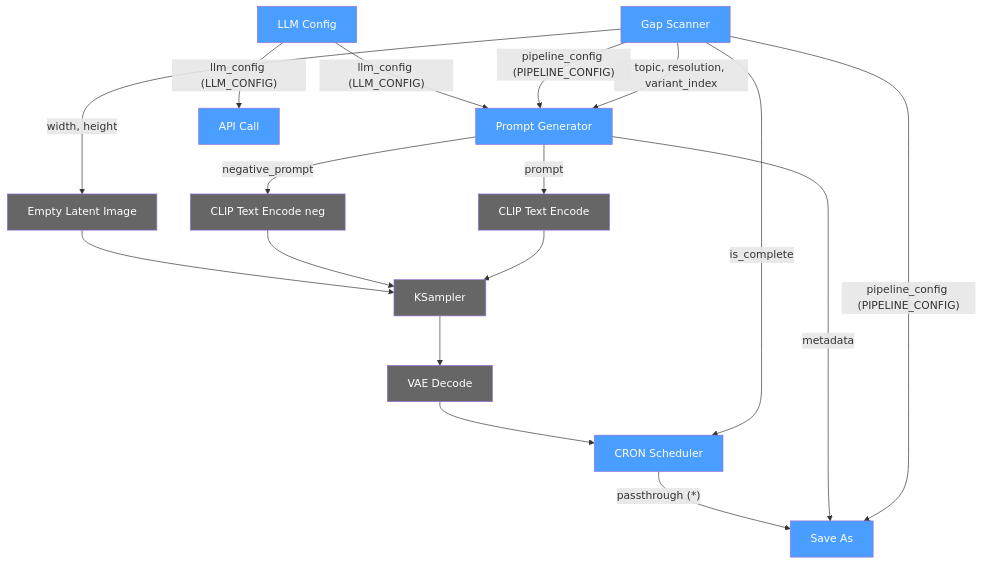
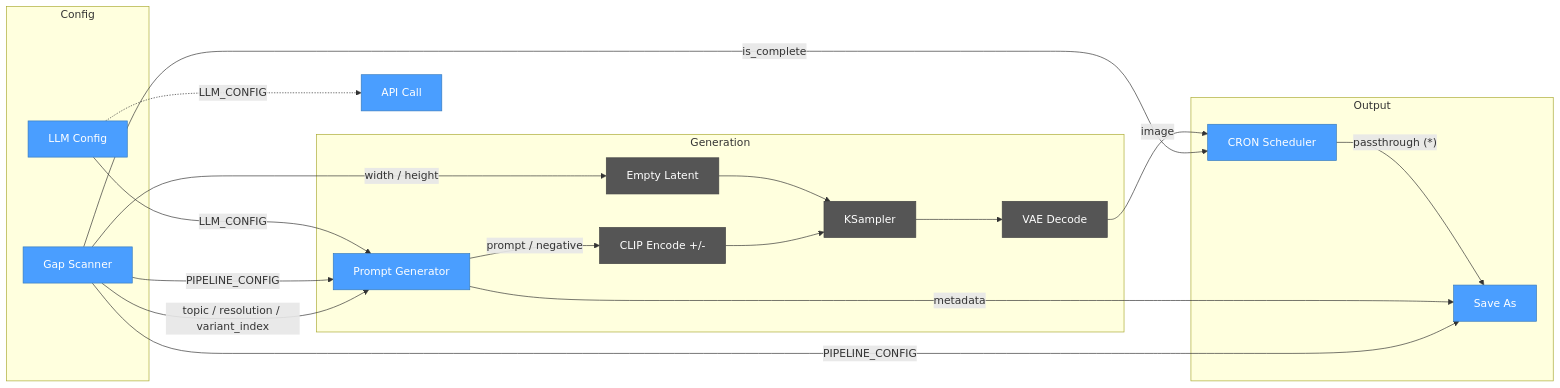
The diagram in README.md (KailasMahavarkar/comfyui-pipeline-automation), drawn with Mermaid before and after one commit. The commit also changed other lines of this file, not shown here.

Commit message:
docs: redesign Mermaid diagram with LR layout and subgroups
Use flowchart LR with Config/Generation/Output subgraphs for cleaner
flow. Dashed line for optional LLM_CONFIG->API Call connection.

````diff
--- a/README.md
+++ b/README.md
@@ -99,34 +99,47 @@
 ```mermaid
-graph TD
-    GS[Gap Scanner] -->|topic, resolution, variant_index| PG[Prompt Generator]
-    GS -->|"pipeline_config (PIPELINE_CONFIG)"| PG
-    GS -->|"pipeline_config (PIPELINE_CONFIG)"| SA[Save As]
-    GS -->|width, height| EL[Empty Latent Image]
-    GS -->|is_complete| CS[CRON Scheduler]
+flowchart LR
+    subgraph Config
+        LC[LLM Config]
+        GS[Gap Scanner]
+    end
 
-    LC[LLM Config] -->|"llm_config (LLM_CONFIG)"| PG
-    LC -->|"llm_config (LLM_CONFIG)"| AC[API Call]
+    subgraph Generation
+        PG[Prompt Generator]
+        EL[Empty Latent]
+        CLIP[CLIP Encode +/-]
+        KS[KSampler]
+        VAE[VAE Decode]
+    end
 
-    PG -->|prompt| CLIP1[CLIP Text Encode]
-    PG -->|negative_prompt| CLIP2[CLIP Text Encode neg]
-    PG -->|metadata| SA
+    subgraph Output
+        CS[CRON Scheduler]
+        SA[Save As]
+    end
 
-    CLIP1 --> KS[KSampler]
-    CLIP2 --> KS
+    GS -- topic / resolution / variant_index --> PG
+    GS -- PIPELINE_CONFIG --> PG
+    GS -- PIPELINE_CONFIG --> SA
+    GS -- width / height --> EL
+    GS -- is_complete --> CS
+    LC -- LLM_CONFIG --> PG
+    LC -. LLM_CONFIG .-> AC[API Call]
+
+    PG -- prompt / negative --> CLIP
+    PG -- metadata --> SA
+    CLIP --> KS
     EL --> KS
-    KS --> VAE[VAE Decode]
-    VAE --> CS
-    CS -->|"passthrough (*)"| SA
+    KS --> VAE
+    VAE -- image --> CS
+    CS -- "passthrough&nbsp;(*)" --> SA
 
-    style GS fill:#4a9eff,color:#fff
-    style PG fill:#4a9eff,color:#fff
-    style LC fill:#4a9eff,color:#fff
-    style CS fill:#4a9eff,color:#fff
-    style SA fill:#4a9eff,color:#fff
-    style AC fill:#4a9eff,color:#fff
-    style EL fill:#666,color:#fff
-    style CLIP1 fill:#666,color:#fff
-    style CLIP2 fill:#666,color:#fff
-    style KS fill:#666,color:#fff
-    style VAE fill:#666,color:#fff
+    style LC fill:#4a9eff,color:#fff,stroke:#357abd
+    style GS fill:#4a9eff,color:#fff,stroke:#357abd
+    style PG fill:#4a9eff,color:#fff,stroke:#357abd
+    style CS fill:#4a9eff,color:#fff,stroke:#357abd
+    style SA fill:#4a9eff,color:#fff,stroke:#357abd
+    style AC fill:#4a9eff,color:#fff,stroke:#357abd
+    style EL fill:#555,color:#fff,stroke:#444
+    style CLIP fill:#555,color:#fff,stroke:#444
+    style KS fill:#555,color:#fff,stroke:#444
+    style VAE fill:#555,color:#fff,stroke:#444
 ```
````
